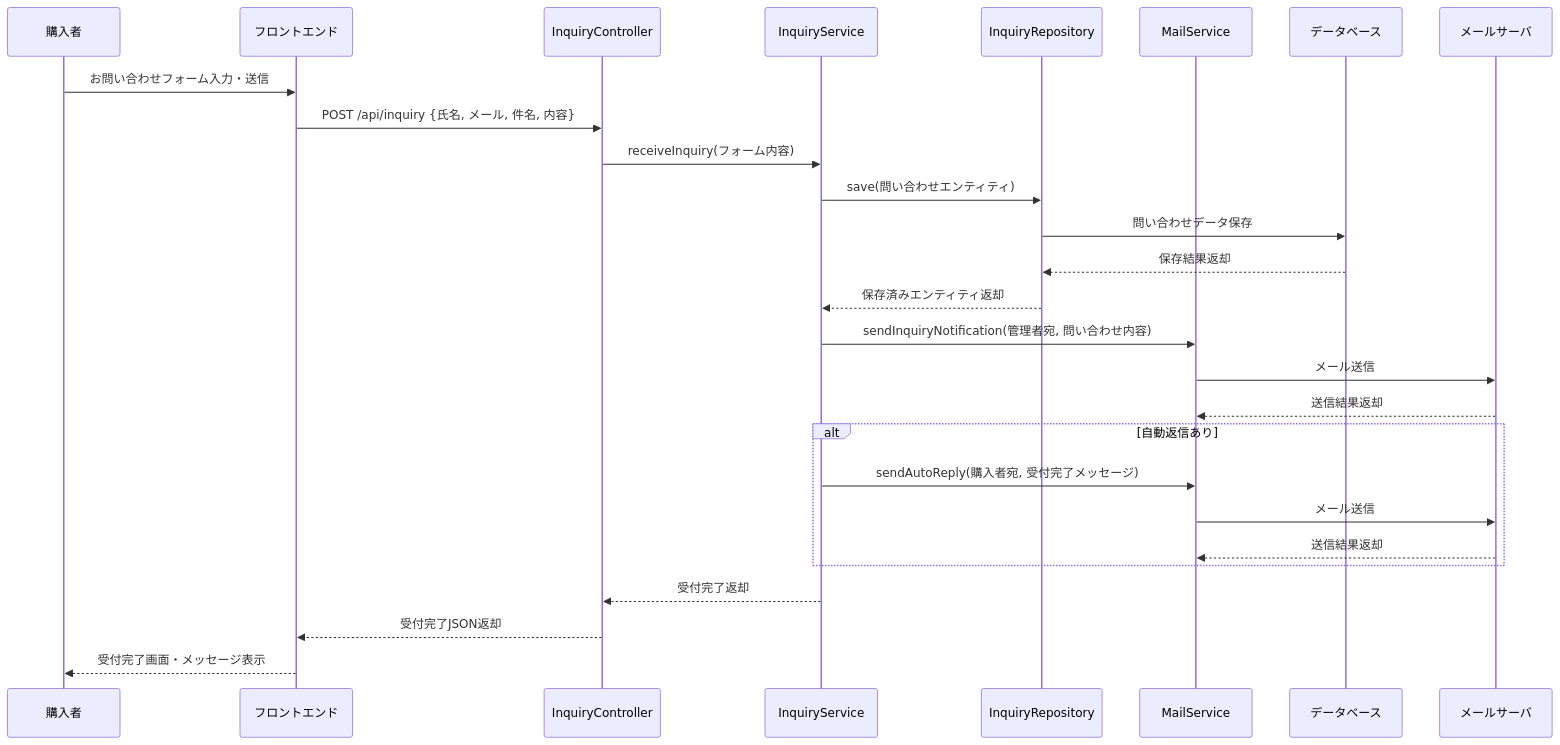
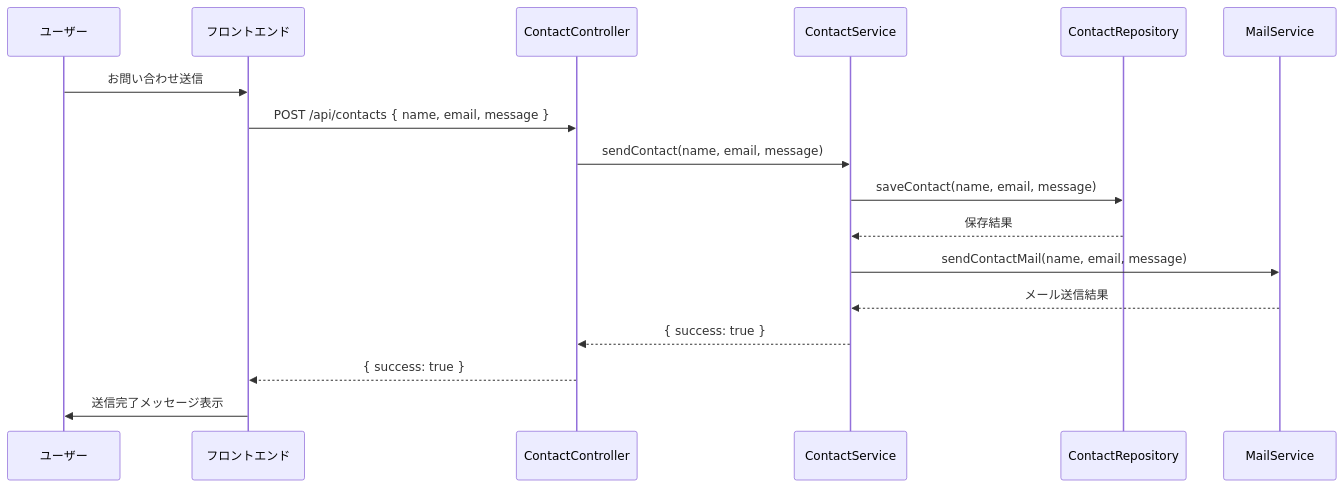
Before and after one commit to Aoi-Yaegashi/teamF: diagram 37 of 39 in 詳細設計/担当B_村田/3.2 機能詳細.md, drawn with Mermaid. The commit also changed other lines of this file and 1 other file, not shown here.

```diff
--- a/詳細設計/担当B_村田/3.2 機能詳細.md
+++ b/詳細設計/担当B_村田/3.2 機能詳細.md
@@ -1214,30 +1456,35 @@
    <div class="mermaid">
    sequenceDiagram
-    participant User as 購入者
-    participant Browser as フロントエンド
-    participant InquiryController as InquiryController
-    participant InquiryService as InquiryService
-    participant InquiryRepo as InquiryRepository
-    participant MailService as MailService
-    participant DB as データベース
-    participant MailServer as メールサーバ
+    participant User as ユーザー
+    participant FE as フロントエンド
+    participant ContactC as ContactController
+    participant ContactS as ContactService
+    participant ContactRepo as ContactRepository
+    participant MailS as MailService
 
-    User->>Browser: お問い合わせフォーム入力・送信
-    Browser->>InquiryController: POST /api/inquiry {氏名, メール, 件名, 内容}
-    InquiryController->>InquiryService: receiveInquiry(フォーム内容)
-    InquiryService->>InquiryRepo: save(問い合わせエンティティ)
-    InquiryRepo->>DB: 問い合わせデータ保存
-    DB-->>InquiryRepo: 保存結果返却
-    InquiryRepo-->>InquiryService: 保存済みエンティティ返却
-    InquiryService->>MailService: sendInquiryNotification(管理者宛, 問い合わせ内容)
-    MailService->>MailServer: メール送信
-    MailServer-->>MailService: 送信結果返却
-    alt 自動返信あり
-        InquiryService->>MailService: sendAutoReply(購入者宛, 受付完了メッセージ)
-        MailService->>MailServer: メール送信
-        MailServer-->>MailService: 送信結果返却
-    end
-    InquiryService-->>InquiryController: 受付完了返却
-    InquiryController-->>Browser: 受付完了JSON返却
-    Browser-->>User: 受付完了画面・メッセージ表示
+    %% 1. ユーザーが問い合わせフォームに入力し送信
+    User->>FE: お問い合わせ送信
+
+    %% 2. フロントエンドがAPI呼び出し
+    FE->>ContactC: POST /api/contacts { name, email, message }
+
+    %% 3. コントローラがサービスに処理を依頼
+    ContactC->>ContactS: sendContact(name, email, message)
+
+    %% 4. サービスが問い合わせ内容をDBに保存
+    ContactS->>ContactRepo: saveContact(name, email, message)
+    ContactRepo-->>ContactS: 保存結果
+
+    %% 5. サービスが確認メールを送信
+    ContactS->>MailS: sendContactMail(name, email, message)
+    MailS-->>ContactS: メール送信結果
+
+    %% 6. サービスがコントローラに完了を返却
+    ContactS-->>ContactC: { success: true }
+
+    %% 7. コントローラがフロントエンドにレスポンス
+    ContactC-->>FE: { success: true }
+
+    %% 8. フロントエンドが送信完了メッセージを表示
+    FE->>User: 送信完了メッセージ表示
 </div>
```
